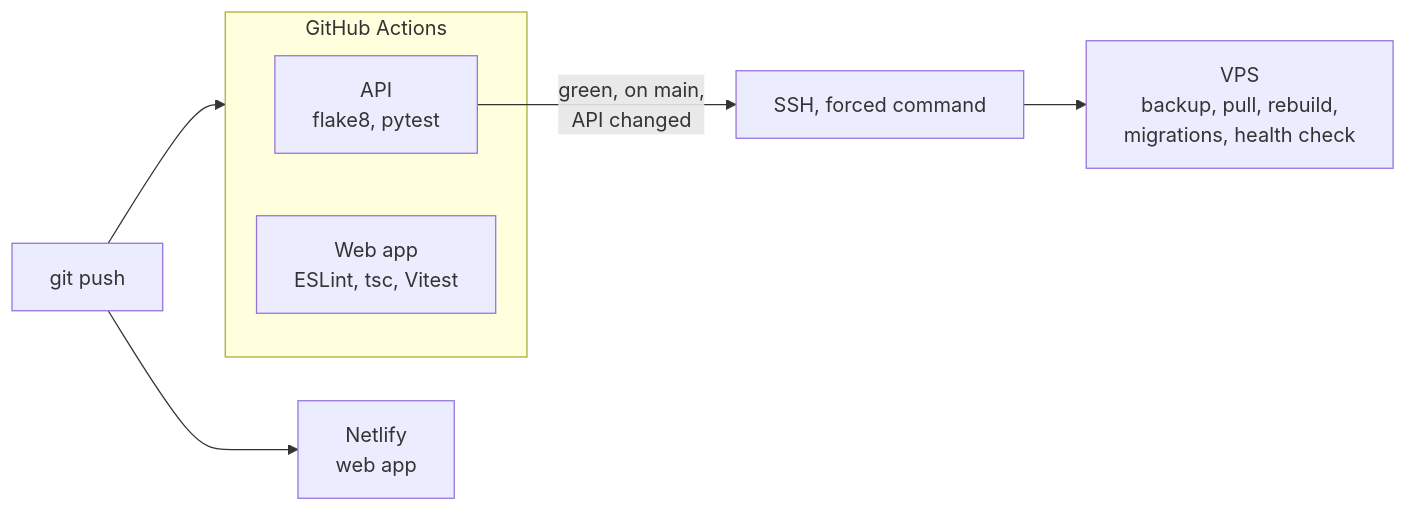
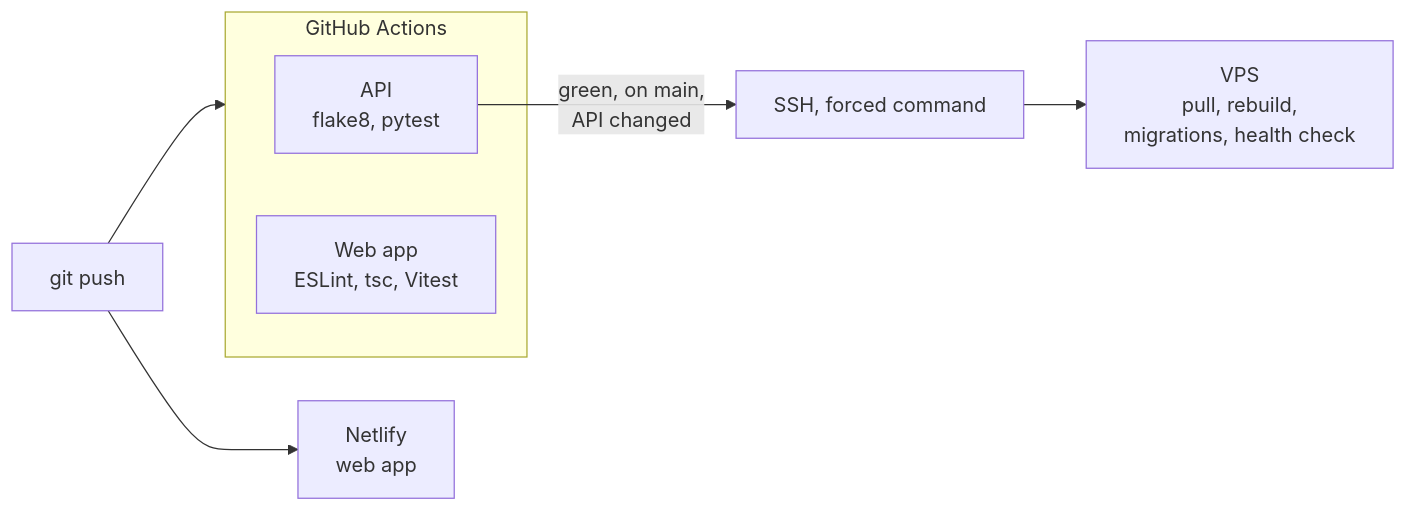
One commit to quentingenet/vinylkeeper changed the second of 2 diagrams in README.md. Above: the diagram before and after it, drawn with Mermaid. The commit also changed other lines of this file and 28 other files, not shown here.

````diff
--- a/README.md
+++ b/README.md
@@ -92,11 +92,11 @@
 ```mermaid
 flowchart LR
     Push["git push"] --> CI
     subgraph CI["GitHub Actions"]
         Back["API<br/>flake8, pytest"]
         Front["Web app<br/>ESLint, tsc, Vitest"]
     end
     Back -- "green, on main,<br/>API changed" --> Deploy["SSH, forced command"]
-    Deploy --> VPS["VPS<br/>backup, pull, rebuild,<br/>migrations, health check"]
+    Deploy --> VPS["VPS<br/>pull, rebuild,<br/>migrations, health check"]
     Push --> Netlify["Netlify<br/>web app"]
 ```
````
